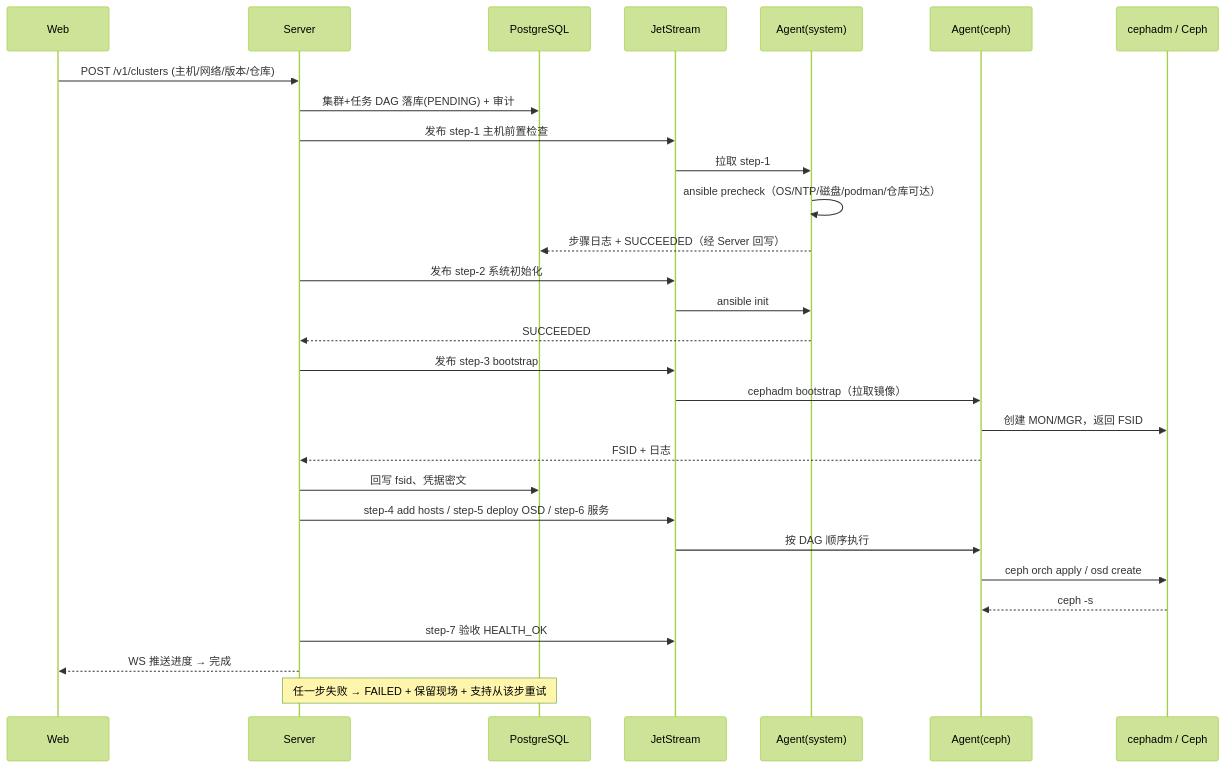
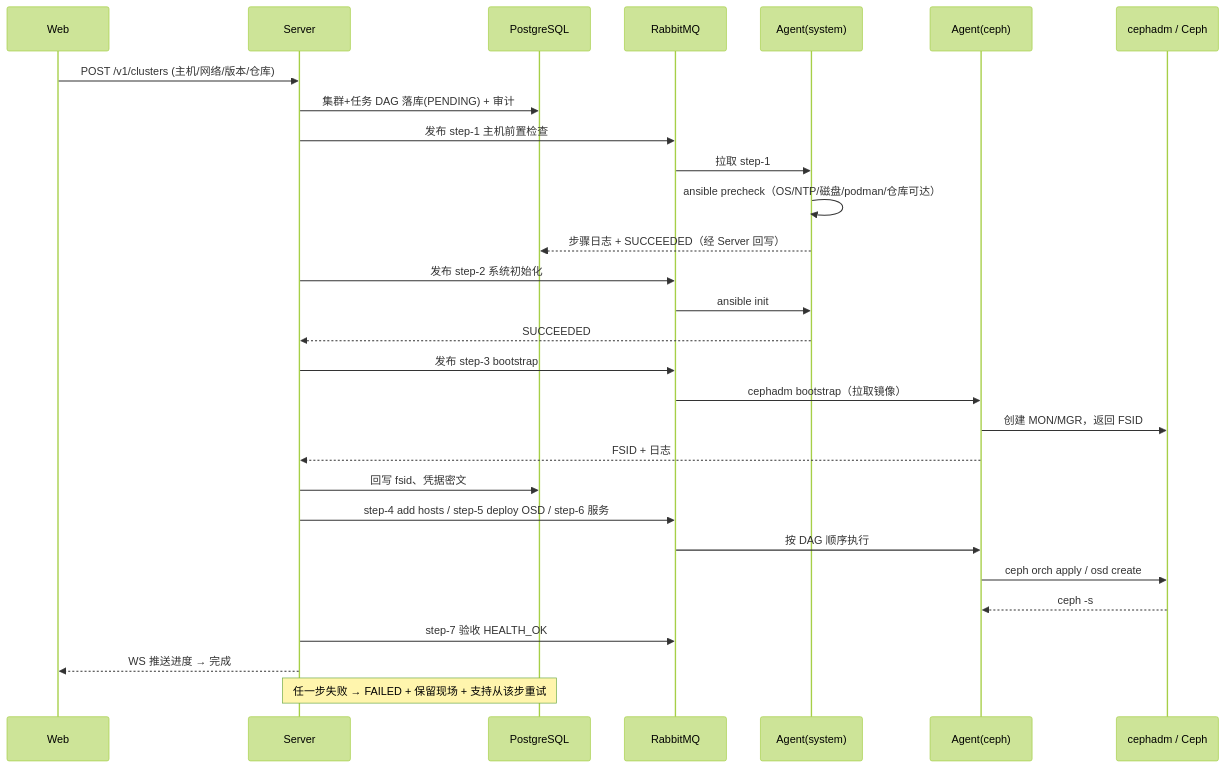
One commit to lnsyyj/winter changed the second of 3 diagrams in docs/02-研发线/04-架构师/架构设计-Ceph管理平台.md. Above: the diagram before and after it, drawn with Mermaid (forest theme). The commit also changed other lines of this file and 9 other files, not shown here.

````diff
--- a/docs/02-研发线/04-架构师/架构设计-Ceph管理平台.md
+++ b/docs/02-研发线/04-架构师/架构设计-Ceph管理平台.md
@@ -168,31 +169,31 @@
 ```mermaid
 sequenceDiagram
     participant W as Web
     participant S as Server
     participant DB as PostgreSQL
-    participant Q as JetStream
+    participant Q as RabbitMQ
     participant A as Agent(system)
     participant B as Agent(ceph)
     participant C as cephadm / Ceph
     W->>S: POST /v1/clusters (主机/网络/版本/仓库)
     S->>DB: 集群+任务 DAG 落库(PENDING) + 审计
     S->>Q: 发布 step-1 主机前置检查
     Q->>A: 拉取 step-1
     A->>A: ansible precheck（OS/NTP/磁盘/podman/仓库可达）
     A-->>DB: 步骤日志 + SUCCEEDED（经 Server 回写）
     S->>Q: 发布 step-2 系统初始化
     Q->>A: ansible init
     A-->>S: SUCCEEDED
     S->>Q: 发布 step-3 bootstrap
     Q->>B: cephadm bootstrap（拉取镜像）
     B->>C: 创建 MON/MGR，返回 FSID
     B-->>S: FSID + 日志
     S->>DB: 回写 fsid、凭据密文
     S->>Q: step-4 add hosts / step-5 deploy OSD / step-6 服务
     Q->>B: 按 DAG 顺序执行
     B->>C: ceph orch apply / osd create
     C-->>B: ceph -s
     S->>Q: step-7 验收 HEALTH_OK
     S-->>W: WS 推送进度 → 完成
     Note over S,DB: 任一步失败 → FAILED + 保留现场 + 支持从该步重试
 ```
````
